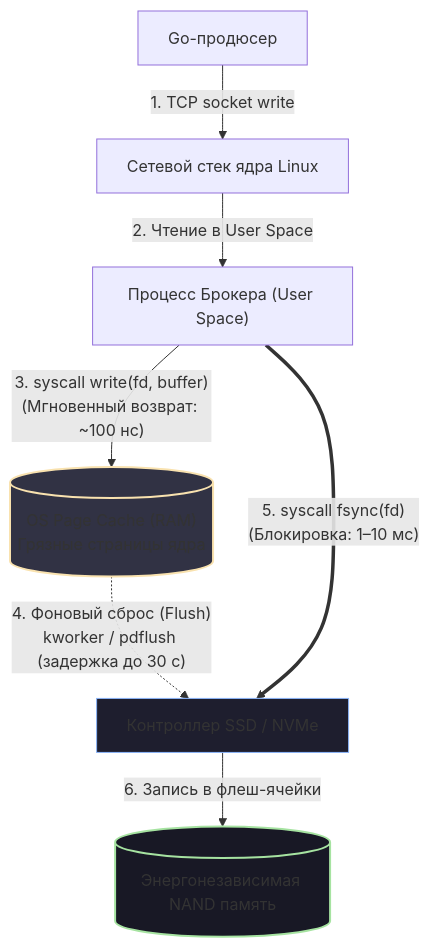
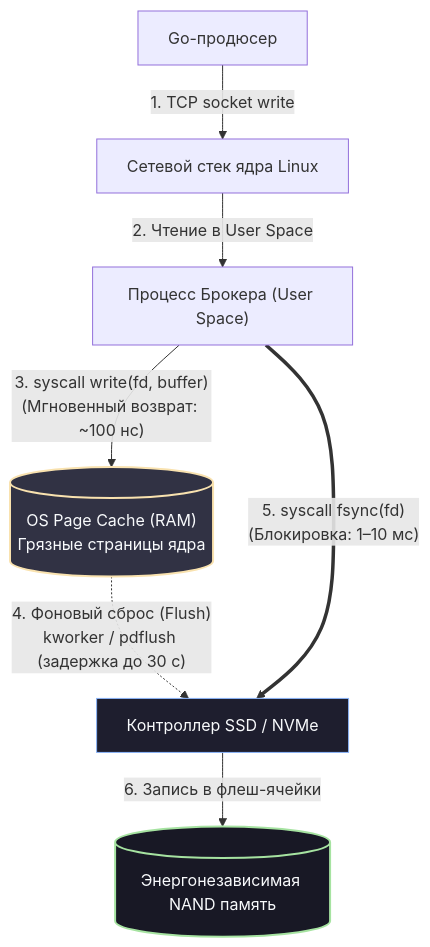
Before and after one commit to UnrealTemplier/go-textbook: the diagram in sources/13. Очереди, брокеры сообщений и оркестраторы/01. Фундамент асинхронности/7. Message durability и persistence.md, drawn with Mermaid. The commit also changed 310 other files, not shown here.

First line of the commit message:
fix(mermaid): replace light fill colors with dark palette for readability on dark theme

````diff
--- a/sources/13. Очереди, брокеры сообщений и оркестраторы/01. Фундамент асинхронности/7. Message durability и persistence.md
+++ b/sources/13. Очереди, брокеры сообщений и оркестраторы/01. Фундамент асинхронности/7. Message durability и persistence.md
@@ -20,13 +20,13 @@
 ```mermaid
 flowchart TD
     A["Go-продюсер"] -->|"1. TCP socket write"| B["Сетевой стек ядра Linux"]
     B -->|"2. Чтение в User Space"| C["Процесс Брокера (User Space)"]
     C -->|"3. syscall write(fd, buffer)<br>(Мгновенный возврат: ~100 нс)"| D[("OS Page Cache (RAM)<br>Грязные страницы ядра")]
     D -.->|"4. Фоновый сброс (Flush)<br>kworker / pdflush (задержка до 30 с)"| E["Контроллер SSD / NVMe"]
     C ==>|"5. syscall fsync(fd)<br>(Блокировка: 1–10 мс)"| E
     E -->|"6. Запись в флеш-ячейки"| F[("Энергонезависимая NAND память")]
 
-    style D fill:#313244,stroke:#f9e2af,stroke-width:2px
-    style E fill:#1e1e2e,stroke:#89b4fa,stroke-width:1px
-    style F fill:#181825,stroke:#a6e3a1,stroke-width:2px
+    style D fill:#313244,stroke:#f9e2af,stroke-width:2px,color:#f8fafc
+    style E fill:#1e1e2e,stroke:#89b4fa,stroke-width:1px,color:#f8fafc
+    style F fill:#181825,stroke:#a6e3a1,stroke-width:2px,color:#f8fafc
 ```
````
